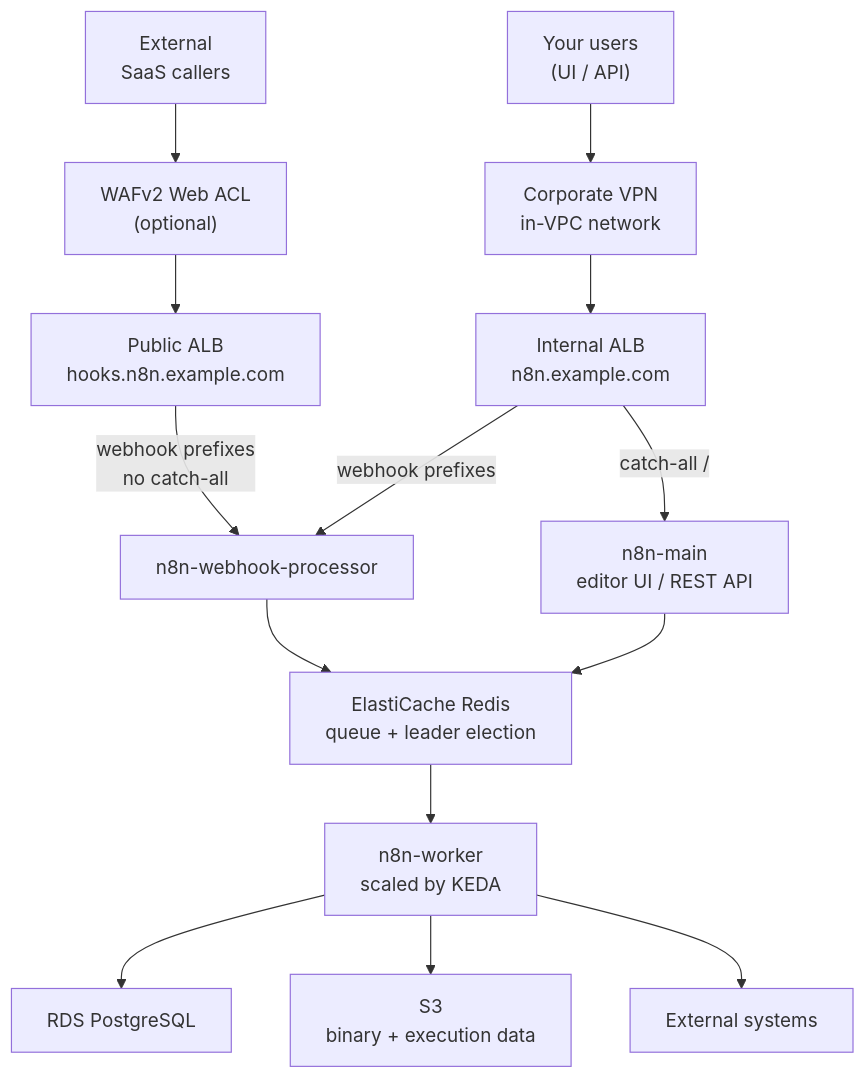
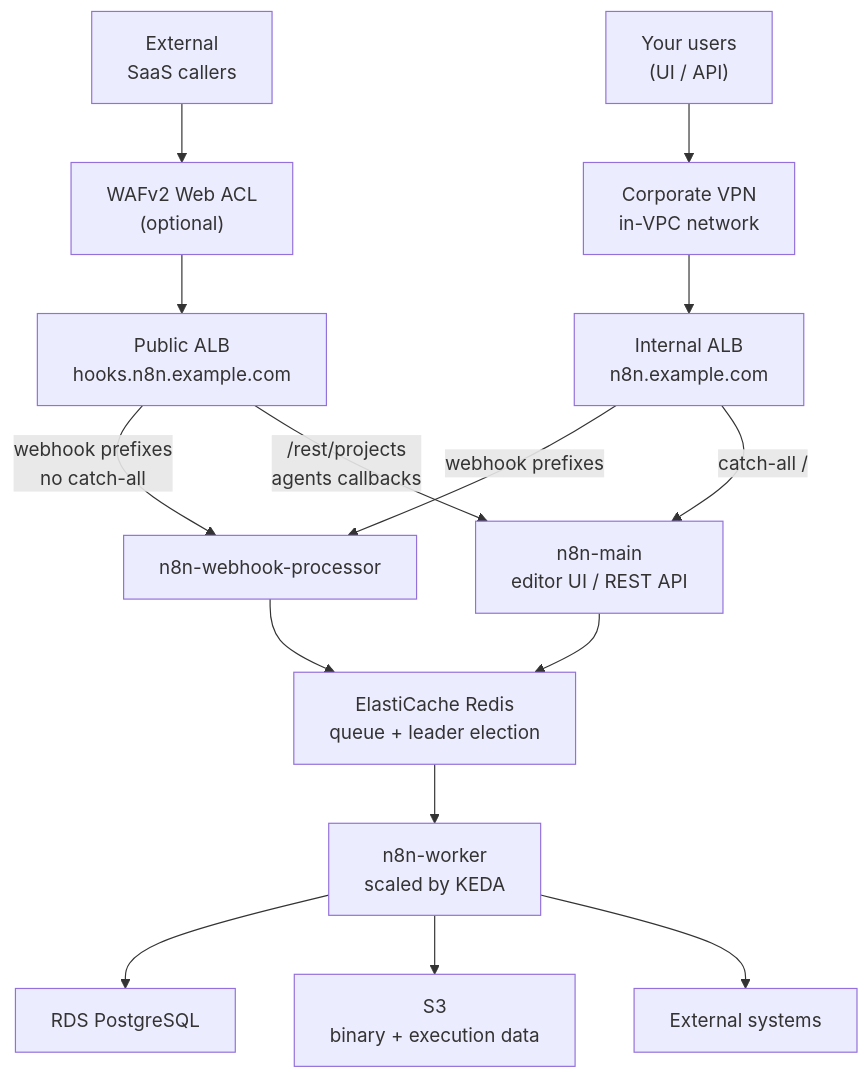
The diagram in examples/split-ingress/README.md (n8n-io/terraform-aws-n8n), drawn with Mermaid before and after one commit. The commit also changed other lines of this file and 3 other files, not shown here.

````diff
--- a/examples/split-ingress/README.md
+++ b/examples/split-ingress/README.md
@@ -7,20 +7,21 @@
 ```mermaid
 flowchart TB
     SaaS["External<br/>SaaS callers"] --> WAF["WAFv2 Web ACL<br/>(optional)"]
     Users["Your users<br/>(UI / API)"] --> VPN["Corporate VPN<br/>in-VPC network"]
 
     WAF --> PUB["Public ALB<br/>hooks.n8n.example.com"]
     VPN --> INT["Internal ALB<br/>n8n.example.com"]
 
     PUB -->|"webhook prefixes<br/>no catch-all"| WH["n8n-webhook-processor"]
     INT -->|"webhook prefixes"| WH
     INT -->|"catch-all /"| MAIN["n8n-main<br/>editor UI / REST API"]
+    PUB -->|"/rest/projects<br/>agents callbacks"| MAIN
 
     WH --> REDIS["ElastiCache Redis<br/>queue + leader election"]
     MAIN --> REDIS
     REDIS --> WORK["n8n-worker<br/>scaled by KEDA"]
 
     WORK --> PG["RDS PostgreSQL"]
     WORK --> S3["S3<br/>binary + execution data"]
     WORK --> EXT["External systems"]
 ```
````
